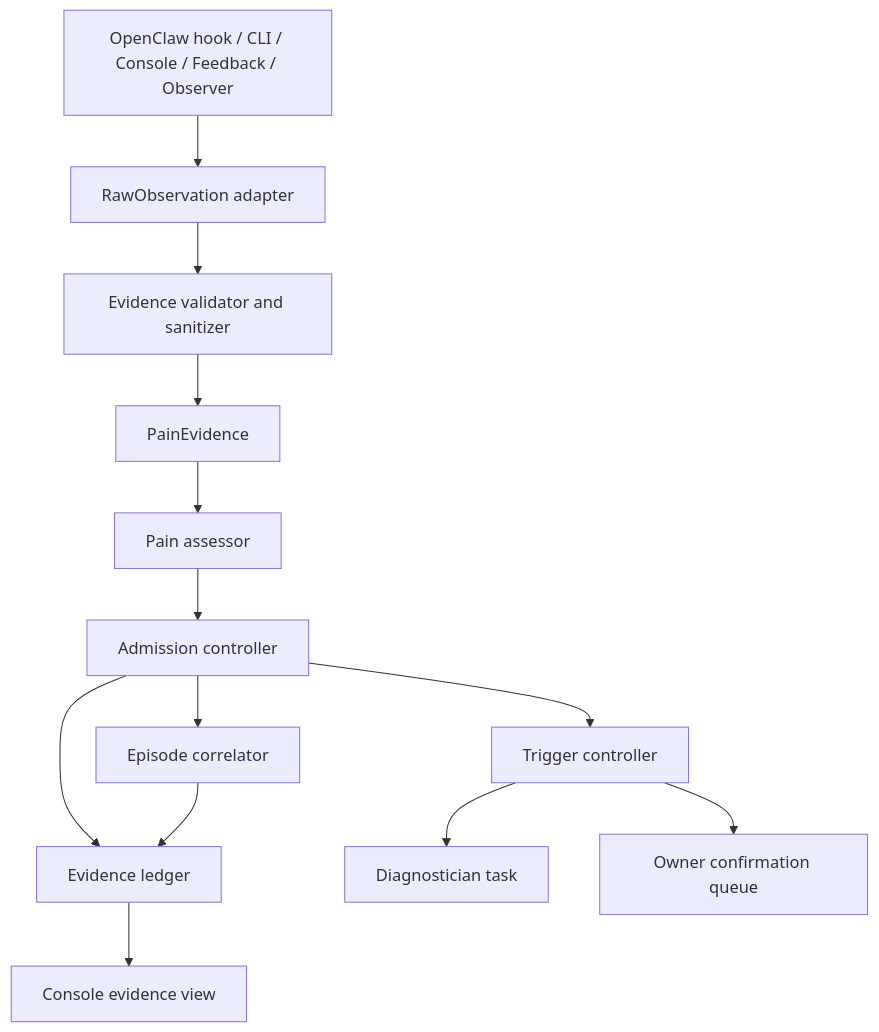
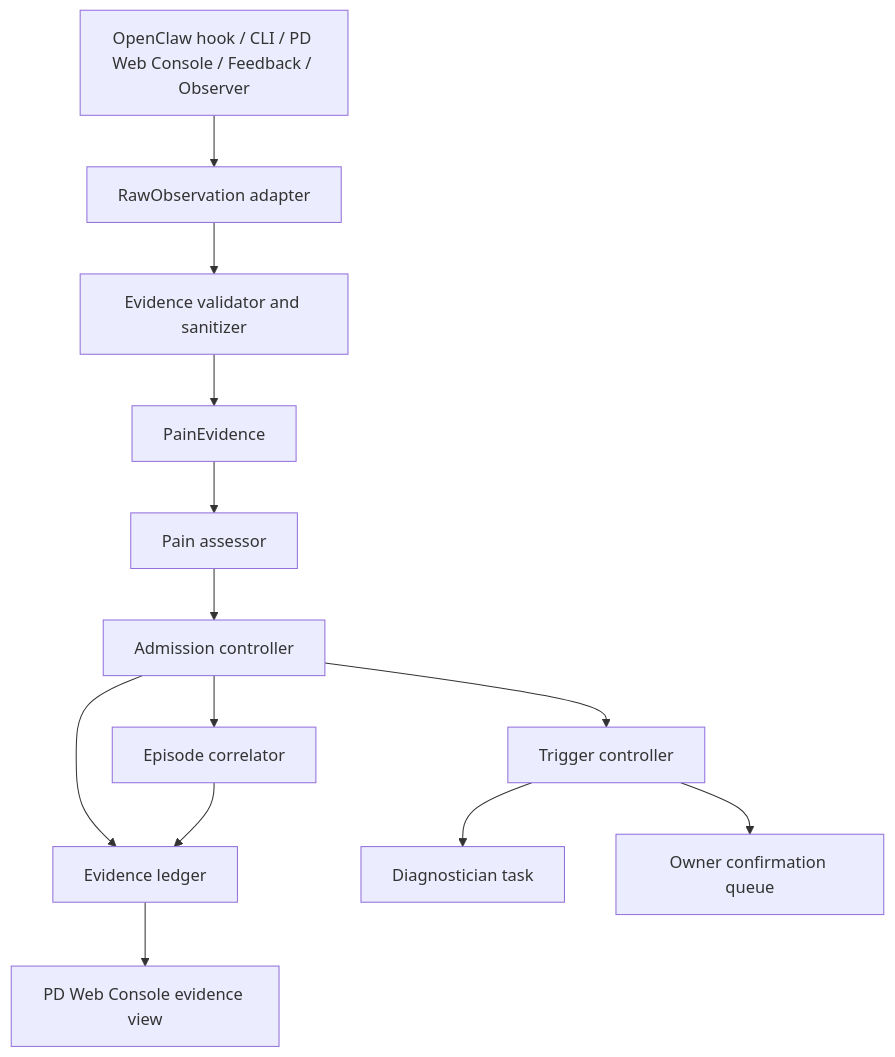
One commit to csuzngjh/principles changed the first of 2 diagrams in docs/plans/2026-06-pain-evidence-admission-track.md. Above: the diagram before and after it, drawn with Mermaid. The commit also changed other lines of this file and 13 other files, not shown here.

````diff
--- a/docs/plans/2026-06-pain-evidence-admission-track.md
+++ b/docs/plans/2026-06-pain-evidence-admission-track.md
@@ -198,15 +273,15 @@
 ```mermaid
 flowchart TD
-  A["OpenClaw hook / CLI / Console / Feedback / Observer"] --> B["RawObservation adapter"]
+  A["OpenClaw hook / CLI / PD Web Console / Feedback / Observer"] --> B["RawObservation adapter"]
   B --> C["Evidence validator and sanitizer"]
   C --> D["PainEvidence"]
   D --> E["Pain assessor"]
   E --> F["Admission controller"]
   F --> G["Evidence ledger"]
   F --> H["Episode correlator"]
   H --> G
   F --> I["Trigger controller"]
   I --> J["Diagnostician task"]
   I --> K["Owner confirmation queue"]
-  G --> L["Console evidence view"]
+  G --> L["PD Web Console evidence view"]
 ```
````
